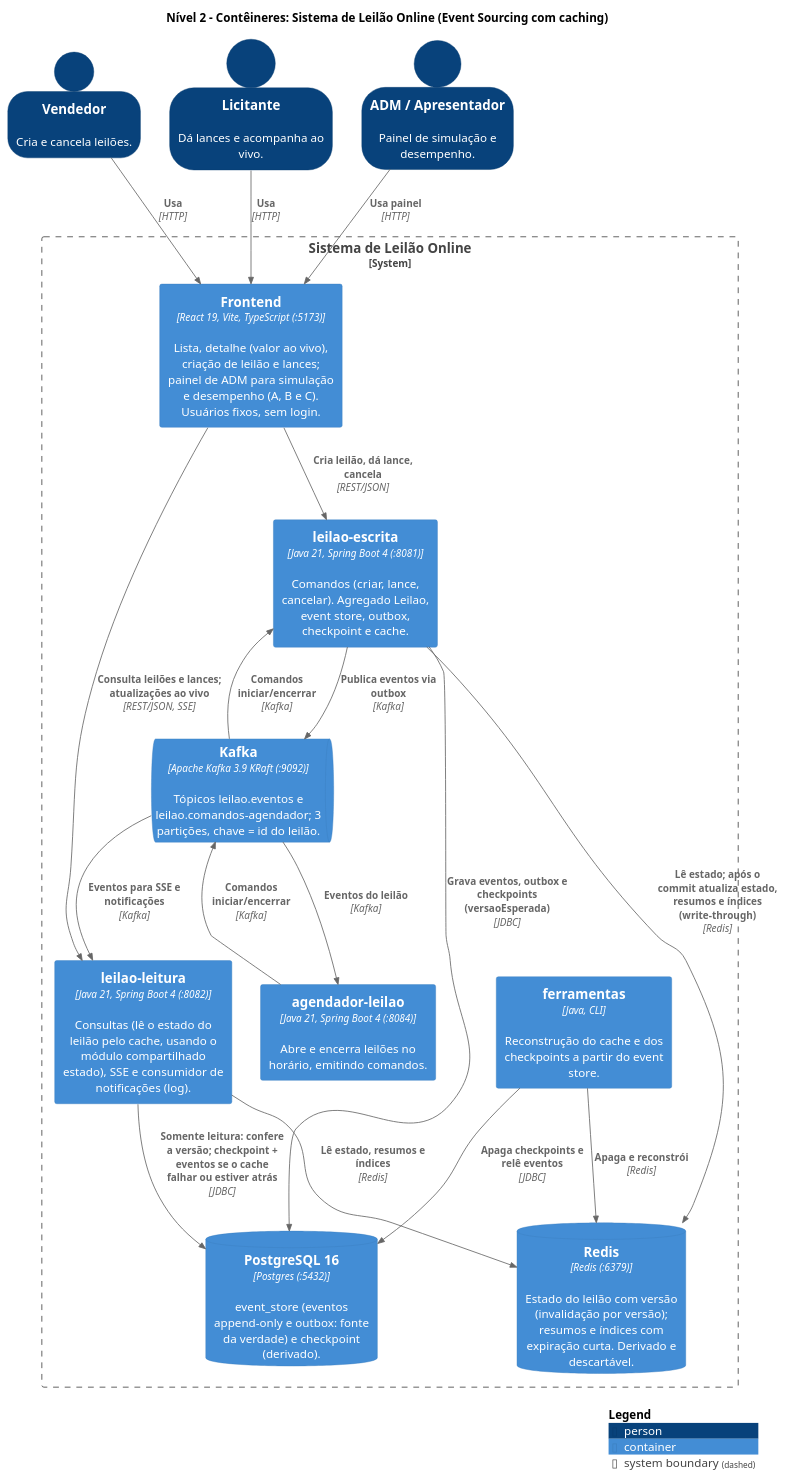
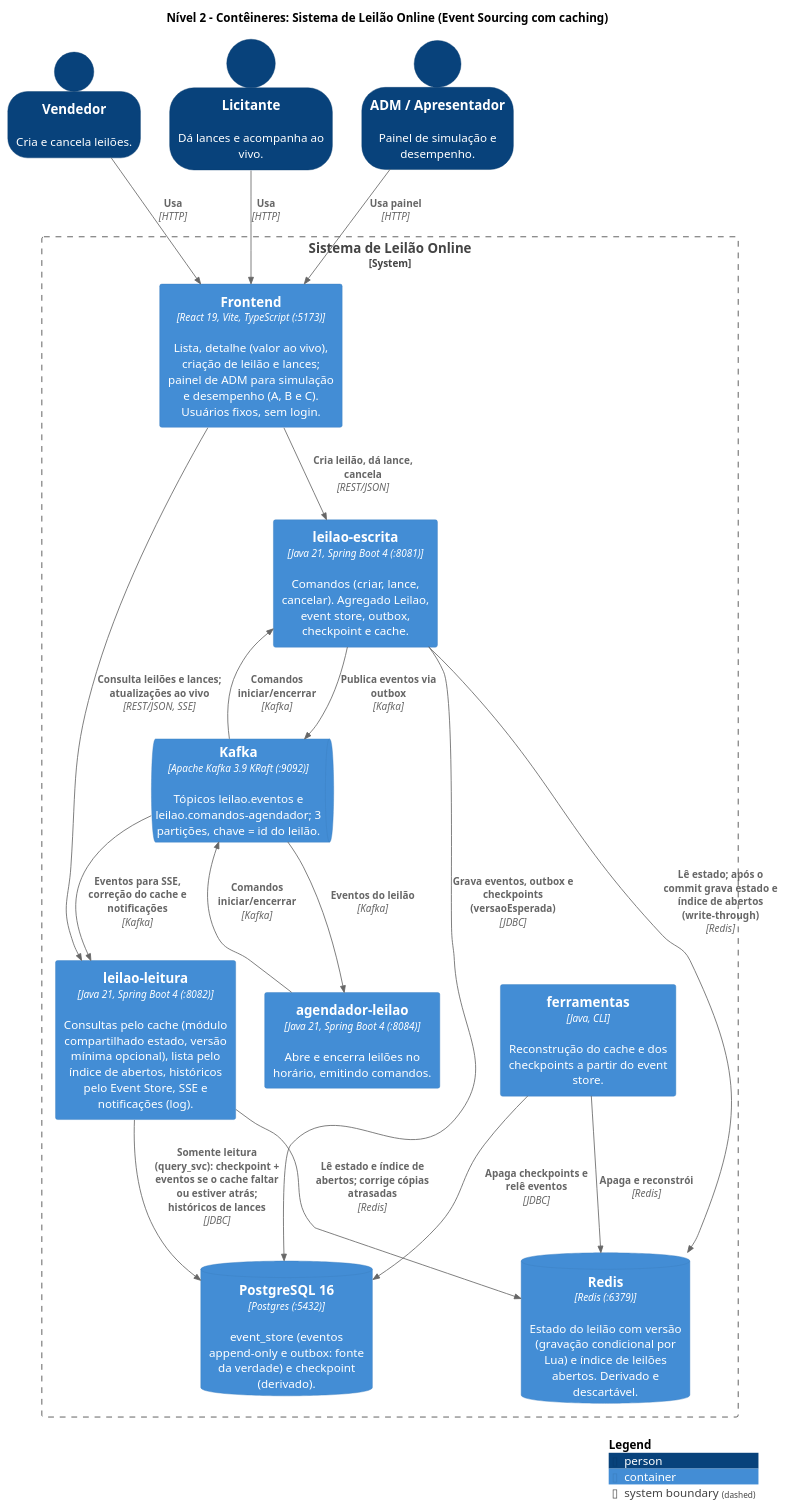
The diagram in docs/c4/2-conteiner/2-conteiner.puml (Rhuan-aa/online_auction), drawn with PlantUML before and after one commit. The commit also changed 7 other files, not shown here.

First line of the commit message:
docs: documenta a troca do CQRS pelo cache versionado

```diff
--- a/docs/c4/2-conteiner/2-conteiner.puml
+++ b/docs/c4/2-conteiner/2-conteiner.puml
@@ -1,46 +1,46 @@
 @startuml 2-conteiner
 !include https://raw.githubusercontent.com/plantuml-stdlib/C4-PlantUML/master/C4_Container.puml
 
 title Nível 2 – Contêineres: Sistema de Leilão Online (Event Sourcing com caching)
 
 SHOW_PERSON_OUTLINE()
 
 Person(vendedor, "Vendedor", "Cria e cancela leilões.")
 Person(licitante, "Licitante", "Dá lances e acompanha ao vivo.")
 Person(adm, "ADM / Apresentador", "Painel de simulação e desempenho.")
 
 System_Boundary(sistema, "Sistema de Leilão Online") {
   Container(front, "Frontend", "React 19, Vite, TypeScript (:5173)","Lista, detalhe (valor ao vivo), criação de leilão e lances; painel de ADM para simulação e desempenho (A, B e C). Usuários fixos, sem login.")
   Container(escrita, "leilao-escrita", "Java 21, Spring Boot 4 (:8081)", "Comandos (criar, lance, cancelar). Agregado Leilao, event store, outbox, checkpoint e cache.")
-  Container(leitura, "leilao-leitura", "Java 21, Spring Boot 4 (:8082)", "Consultas (lê o estado do leilão pelo cache, usando o módulo compartilhado estado), SSE e consumidor de notificações (log).")
+  Container(leitura, "leilao-leitura", "Java 21, Spring Boot 4 (:8082)", "Consultas pelo cache (módulo compartilhado estado, versão mínima opcional), lista pelo índice de abertos, históricos pelo Event Store, SSE e notificações (log).")
   Container(agendador, "agendador-leilao", "Java 21, Spring Boot 4 (:8084)", "Abre e encerra leilões no horário, emitindo comandos.")
   Container(ferramentas, "ferramentas", "Java, CLI", "Reconstrução do cache e dos checkpoints a partir do event store.")
   ContainerDb(postgres, "PostgreSQL 16", "Postgres (:5432)", "event_store (eventos append-only e outbox: fonte da verdade) e checkpoint (derivado).")
-  ContainerDb(redis, "Redis", "Redis (:6379)", "Estado do leilão com versão (invalidação por versão); resumos e índices com expiração curta. Derivado e descartável.")
+  ContainerDb(redis, "Redis", "Redis (:6379)", "Estado do leilão com versão (gravação condicional por Lua) e índice de leilões abertos. Derivado e descartável.")
   ContainerQueue(kafka, "Kafka", "Apache Kafka 3.9 KRaft (:9092)", "Tópicos leilao.eventos e leilao.comandos-agendador; 3 partições, chave = id do leilão.")
 }
 
 Rel(vendedor, front, "Usa", "HTTP")
 Rel(licitante, front, "Usa", "HTTP")
 Rel(adm, front, "Usa painel", "HTTP")
 
 Rel(front, escrita, "Cria leilão, dá lance, cancela", "REST/JSON")
 Rel(front, leitura, "Consulta leilões e lances; atualizações ao vivo", "REST/JSON, SSE")
 
 Rel(escrita, postgres, "Grava eventos, outbox e checkpoints (versaoEsperada)", "JDBC")
-Rel(escrita, redis, "Lê estado; após o commit atualiza estado, resumos e índices (write-through)", "Redis")
+Rel(escrita, redis, "Lê estado; após o commit grava estado e índice de abertos (write-through)", "Redis")
 Rel(escrita, kafka, "Publica eventos via outbox", "Kafka")
 Rel(kafka, escrita, "Comandos iniciar/encerrar", "Kafka")
 
 Rel(kafka, agendador, "Eventos do leilão", "Kafka")
 Rel(agendador, kafka, "Comandos iniciar/encerrar", "Kafka")
 
-Rel(kafka, leitura, "Eventos para SSE e notificações", "Kafka")
-Rel(leitura, redis, "Lê estado, resumos e índices", "Redis")
-Rel(leitura, postgres, "Somente leitura: confere a versão; checkpoint + eventos se o cache falhar ou estiver atrás", "JDBC")
+Rel(kafka, leitura, "Eventos para SSE, correção do cache e notificações", "Kafka")
+Rel(leitura, redis, "Lê estado e índice de abertos; corrige cópias atrasadas", "Redis")
+Rel(leitura, postgres, "Somente leitura (query_svc): checkpoint + eventos se o cache faltar ou estiver atrás; históricos de lances", "JDBC")
 
 Rel(ferramentas, redis, "Apaga e reconstrói", "Redis")
 Rel(ferramentas, postgres, "Apaga checkpoints e relê eventos", "JDBC")
 
 SHOW_LEGEND()
 @enduml
```
